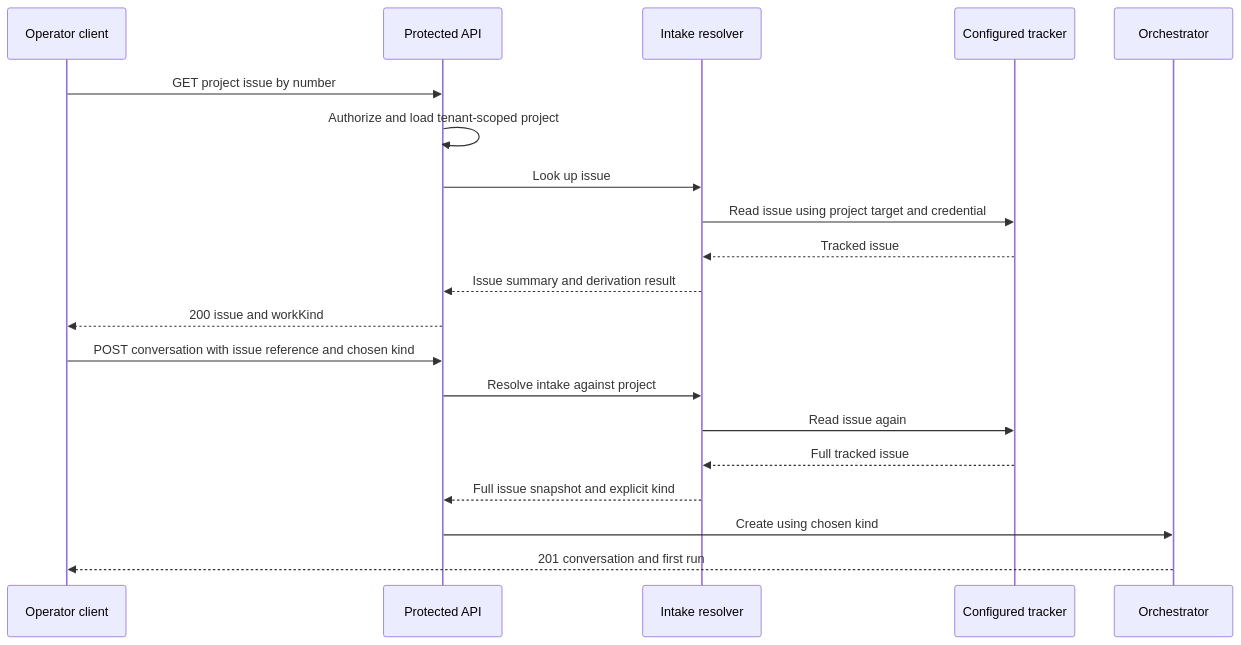
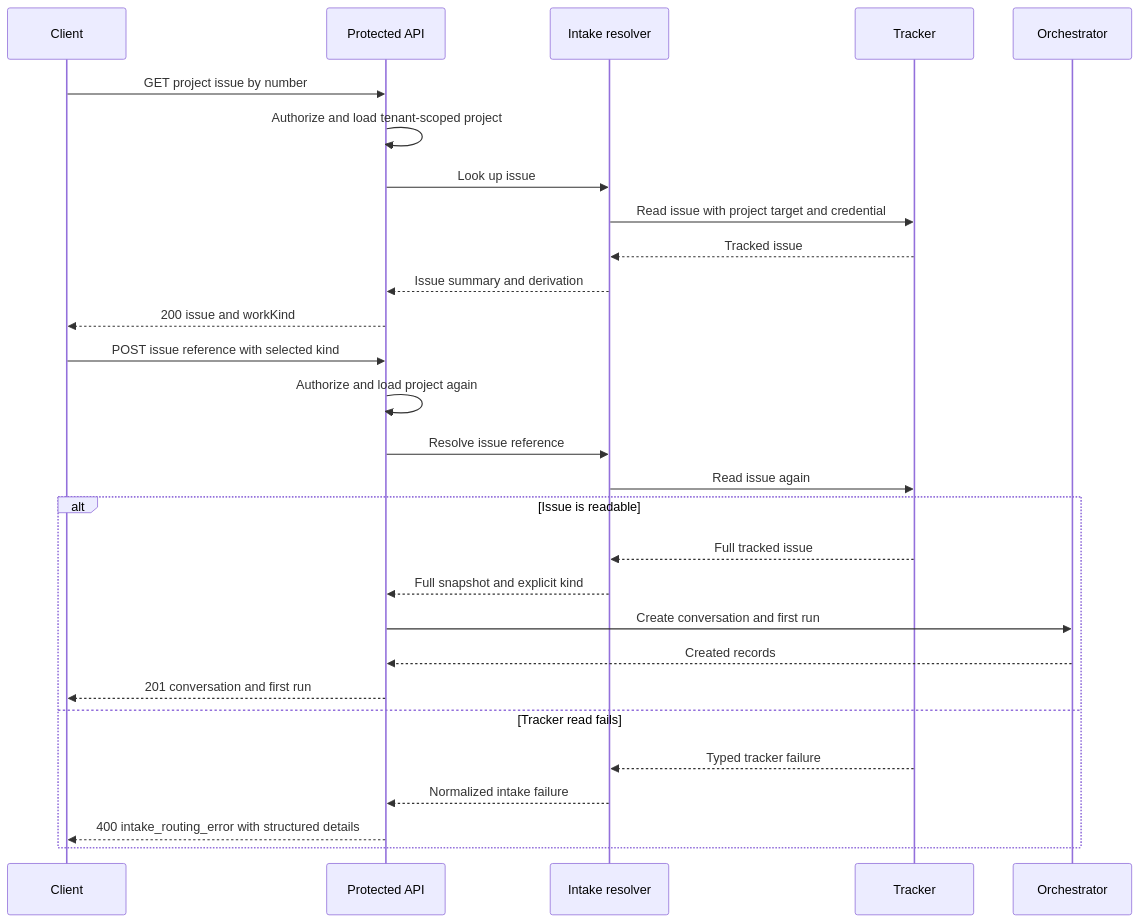
The third of 3 diagrams in context-human/specs/feature-issue-lookup-and-explicit-work-kind.md (markdstafford/autocatalyst), drawn with Mermaid before and after one commit. The commit also changed other lines of this file, not shown here.

Commit message:
docs: revise feature spec issue-lookup-and-explicit-work-kind

````diff
--- a/context-human/specs/feature-issue-lookup-and-explicit-work-kind.md
+++ b/context-human/specs/feature-issue-lookup-and-explicit-work-kind.md
@@ -119,22 +124,30 @@
 ```mermaid
 sequenceDiagram
-    participant C as Operator client
+    participant C as Client
     participant A as Protected API
     participant I as Intake resolver
-    participant T as Configured tracker
+    participant T as Tracker
     participant O as Orchestrator
     C->>A: GET project issue by number
     A->>A: Authorize and load tenant-scoped project
     A->>I: Look up issue
-    I->>T: Read issue using project target and credential
+    I->>T: Read issue with project target and credential
     T-->>I: Tracked issue
-    I-->>A: Issue summary and derivation result
+    I-->>A: Issue summary and derivation
     A-->>C: 200 issue and workKind
-    C->>A: POST conversation with issue reference and chosen kind
-    A->>I: Resolve intake against project
+    C->>A: POST issue reference with selected kind
+    A->>A: Authorize and load project again
+    A->>I: Resolve issue reference
     I->>T: Read issue again
-    T-->>I: Full tracked issue
-    I-->>A: Full issue snapshot and explicit kind
-    A->>O: Create using chosen kind
-    O-->>C: 201 conversation and first run
+    alt Issue is readable
+        T-->>I: Full tracked issue
+        I-->>A: Full snapshot and explicit kind
+        A->>O: Create conversation and first run
+        O-->>A: Created records
+        A-->>C: 201 conversation and first run
+    else Tracker read fails
+        T-->>I: Typed tracker failure
+        I-->>A: Normalized intake failure
+        A-->>C: 400 intake_routing_error with structured details
+    end
 ```
````
